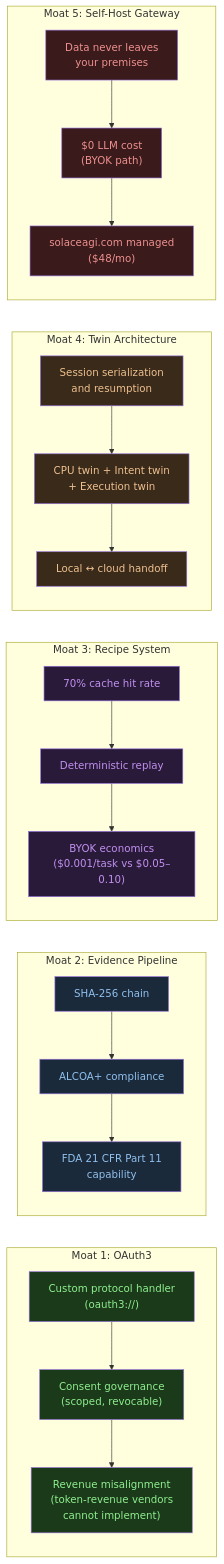
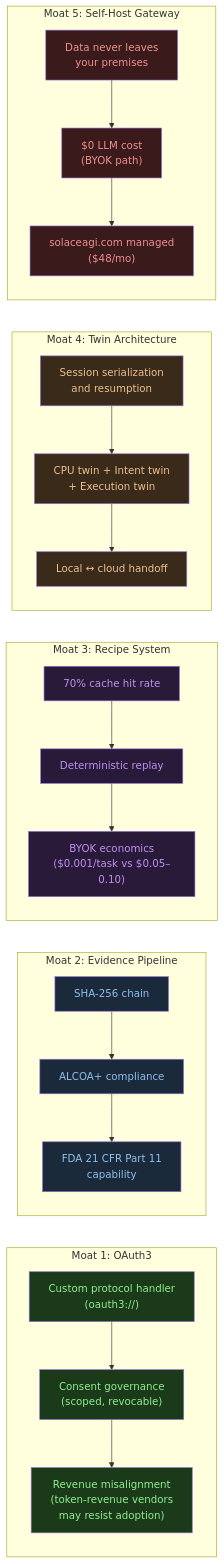
The fourth of 5 diagrams in papers/55-custom-browser-competitive-moat.md (phuctruong/stillwater), drawn with Mermaid before and after one commit. The commit also changed other lines of this file and 841 other files, not shown here.

````diff
--- a/papers/55-custom-browser-competitive-moat.md
+++ b/papers/55-custom-browser-competitive-moat.md
@@ -401,54 +401,54 @@
 ```mermaid
 graph LR
     subgraph "Moat 1: OAuth3"
         M1A["Custom protocol handler<br/>(oauth3://)"]
         M1B["Consent governance<br/>(scoped, revocable)"]
-        M1C["Revenue misalignment<br/>(token-revenue vendors<br/>cannot implement)"]
+        M1C["Revenue misalignment<br/>(token-revenue vendors<br/>may resist adoption)"]
     end
 
     subgraph "Moat 2: Evidence Pipeline"
         M2A["SHA-256 chain"]
         M2B["ALCOA+ compliance"]
         M2C["FDA 21 CFR Part 11<br/>capability"]
     end
 
     subgraph "Moat 3: Recipe System"
         M3A["70% cache hit rate"]
         M3B["Deterministic replay"]
         M3C["BYOK economics<br/>($0.001/task vs $0.05–0.10)"]
     end
 
     subgraph "Moat 4: Twin Architecture"
         M4A["Session serialization<br/>and resumption"]
         M4B["CPU twin + Intent twin<br/>+ Execution twin"]
         M4C["Local ↔ cloud handoff"]
     end
 
     subgraph "Moat 5: Self-Host Gateway"
         M5A["Data never leaves<br/>your premises"]
         M5B["$0 LLM cost<br/>(BYOK path)"]
         M5C["solaceagi.com managed<br/>($48/mo)"]
     end
 
     M1A --> M1B --> M1C
     M2A --> M2B --> M2C
     M3A --> M3B --> M3C
     M4A --> M4B --> M4C
     M5A --> M5B --> M5C
 
     style M1A fill:#1a3a1a,color:#90ee90
     style M1B fill:#1a3a1a,color:#90ee90
     style M1C fill:#1a3a1a,color:#90ee90
     style M2A fill:#1a2a3a,color:#90c0ee
     style M2B fill:#1a2a3a,color:#90c0ee
     style M2C fill:#1a2a3a,color:#90c0ee
     style M3A fill:#2a1a3a,color:#c090ee
     style M3B fill:#2a1a3a,color:#c090ee
     style M3C fill:#2a1a3a,color:#c090ee
     style M4A fill:#3a2a1a,color:#eec090
     style M4B fill:#3a2a1a,color:#eec090
     style M4C fill:#3a2a1a,color:#eec090
     style M5A fill:#3a1a1a,color:#ee9090
     style M5B fill:#3a1a1a,color:#ee9090
     style M5C fill:#3a1a1a,color:#ee9090
 ```
````
